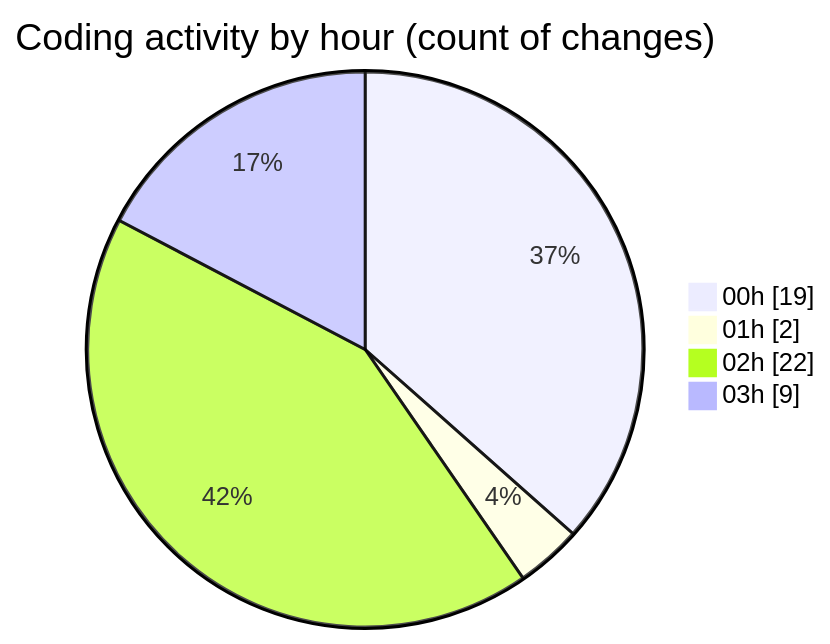
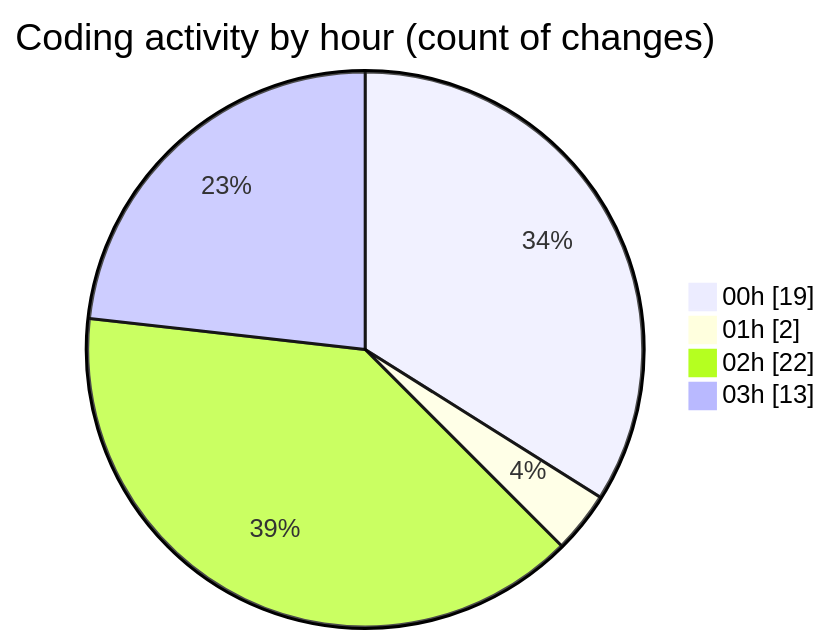
Before and after one commit to julien-gomy/code-tracking: the second of 2 diagrams in 2025-10-21/eventscop-frontend-guide__workspace_/README.md, drawn with Mermaid. The commit also changed other lines of this file and 1 other file, not shown here.

````diff
--- a/2025-10-21/eventscop-frontend-guide__workspace_/README.md
+++ b/2025-10-21/eventscop-frontend-guide__workspace_/README.md
@@ -45,8 +45,8 @@
 ```mermaid
 pie showData
 title Coding activity by hour (count of changes)
 "00h" : 19
 "01h" : 2
 "02h" : 22
-"03h" : 9
+"03h" : 13
 ```
````
